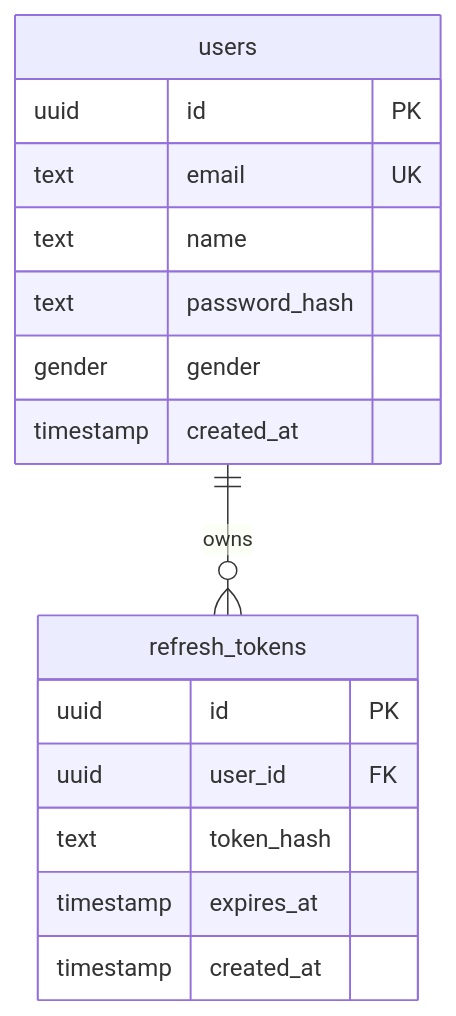
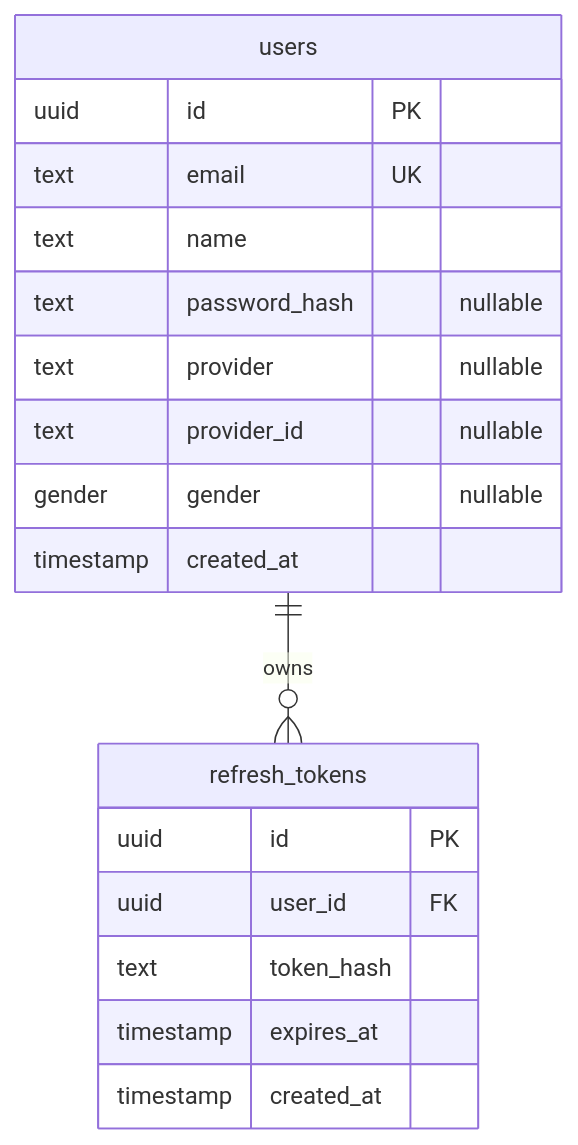
One commit to kolya-mp19/kachok-kolya changed the first of 7 diagrams in docs/auth-architecture.md. Above: the diagram before and after it, drawn with Mermaid. The commit also changed other lines of this file and 17 other files, not shown here.

````diff
--- a/docs/auth-architecture.md
+++ b/docs/auth-architecture.md
@@ -53,19 +65,21 @@
 ```mermaid
 erDiagram
     users {
         uuid id PK
         text email UK
         text name
-        text password_hash
-        gender gender
+        text password_hash "nullable"
+        text provider "nullable"
+        text provider_id "nullable"
+        gender gender "nullable"
         timestamp created_at
     }
     refresh_tokens {
         uuid id PK
         uuid user_id FK
         text token_hash
         timestamp expires_at
         timestamp created_at
     }
     users ||--o{ refresh_tokens : "owns"
 ```
````
